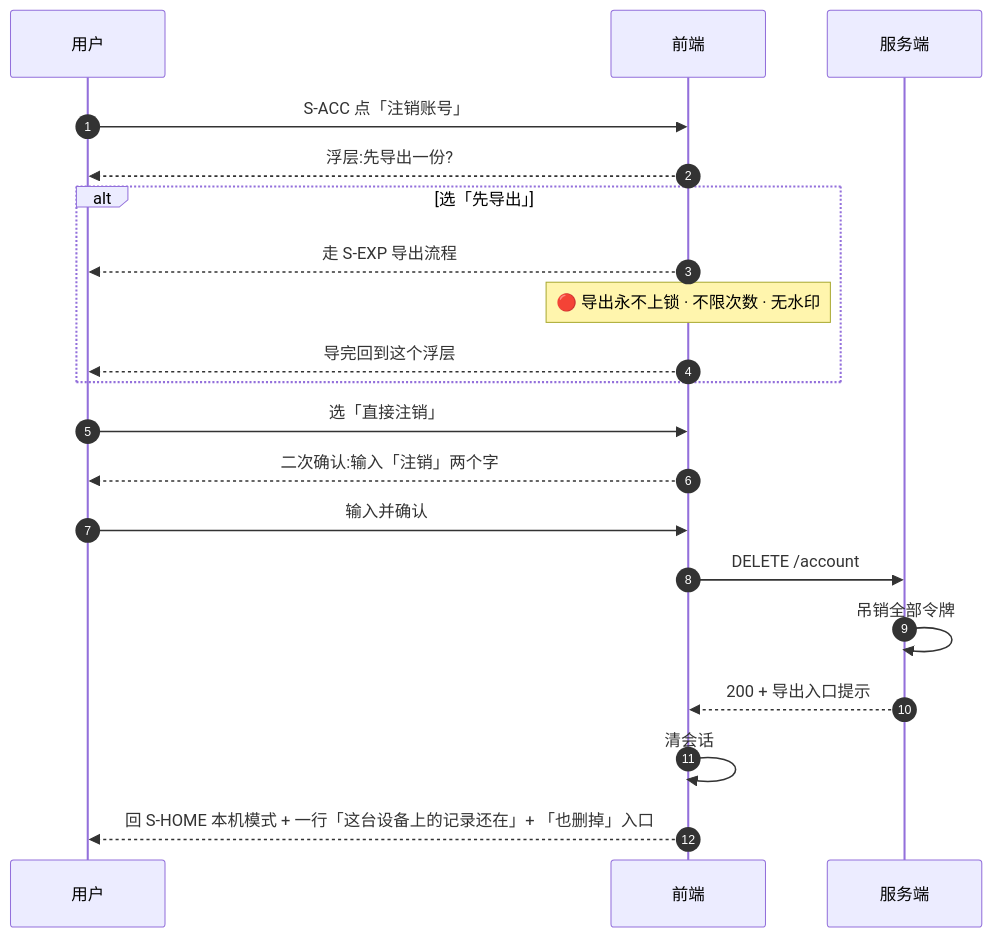
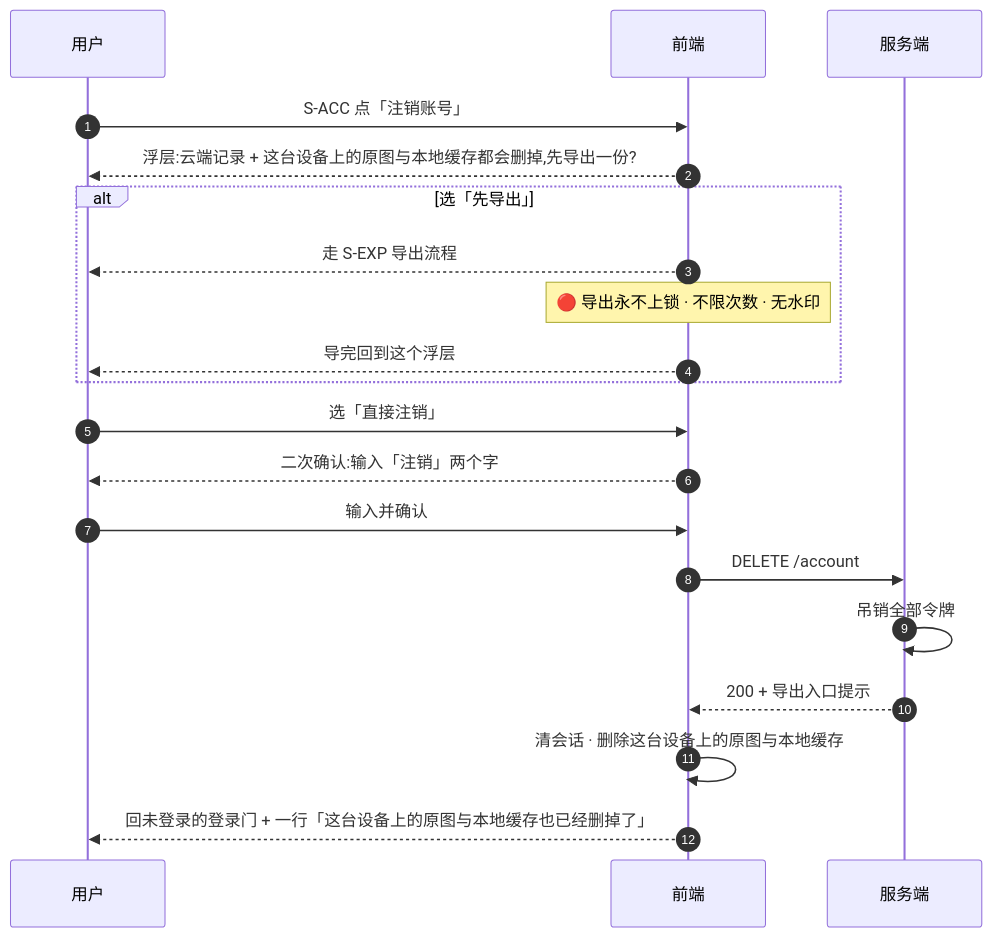
Before and after one commit to chenyuanjin/kubic: diagram 11 of 11 in docs/product/specs/登录与账号.md, drawn with Mermaid. The commit also changed other lines of this file and 15 other files, not shown here.

````diff
--- a/docs/product/specs/登录与账号.md
+++ b/docs/product/specs/登录与账号.md
@@ -843,23 +880,23 @@
 ```mermaid
 sequenceDiagram
     autonumber
     participant U as 用户
     participant F as 前端
     participant S as 服务端
 
     U->>F: S-ACC 点「注销账号」
-    F-->>U: 浮层:先导出一份?
+    F-->>U: 浮层:云端记录 + 这台设备上的原图与本地缓存都会删掉,先导出一份?
     alt 选「先导出」
         F-->>U: 走 S-EXP 导出流程
         Note over F: 🔴 导出永不上锁 · 不限次数 · 无水印
         F-->>U: 导完回到这个浮层
     end
     U->>F: 选「直接注销」
     F-->>U: 二次确认:输入「注销」两个字
     U->>F: 输入并确认
     F->>S: DELETE /account
     S->>S: 吊销全部令牌
     S-->>F: 200 + 导出入口提示
-    F->>F: 清会话
-    F-->>U: 回 S-HOME 本机模式 + 一行「这台设备上的记录还在」+ 「也删掉」入口
+    F->>F: 清会话 · 删除这台设备上的原图与本地缓存
+    F-->>U: 回未登录的登录门 + 一行「这台设备上的原图与本地缓存也已经删掉了」
 ```
````
